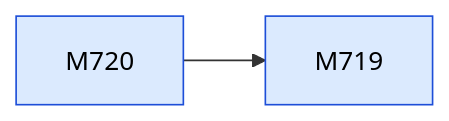
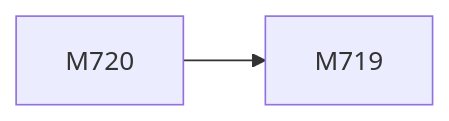
One commit to D-Ogi/amdgpu-wddm changed the third of 3 diagrams in docs/facts/graphs/display.md. Above: the diagram before and after it, drawn with Mermaid. The commit also changed other lines of this file and 9 other files, not shown here.

First line of the commit message:
docs/facts: plain graph nodes, no status colouring

````diff
--- a/docs/facts/graphs/display.md
+++ b/docs/facts/graphs/display.md
@@ -154,11 +146,7 @@
 ```mermaid
 flowchart LR
-  M719["M719"]:::MEASURED
-  M720["M720"]:::MEASURED
+  M719["M719"]
+  M720["M720"]
   M720 --> M719
-  classDef HYPOTHESIS fill:#fff3c4,stroke:#9a7b00,color:#000
-  classDef MEASURED fill:#dbeafe,stroke:#1d4ed8,color:#000
-  classDef CONFIRMED fill:#d1fae5,stroke:#047857,color:#000
-  classDef REFUTED fill:#fee2e2,stroke:#b91c1c,color:#000
   classDef other stroke-dasharray:4 3
 ```
````
